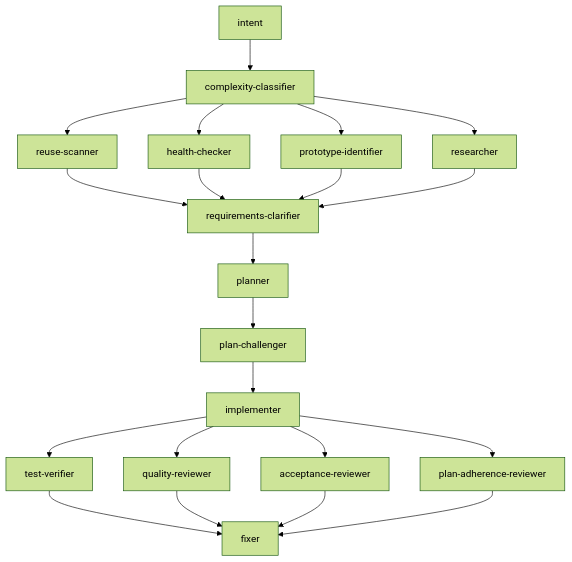
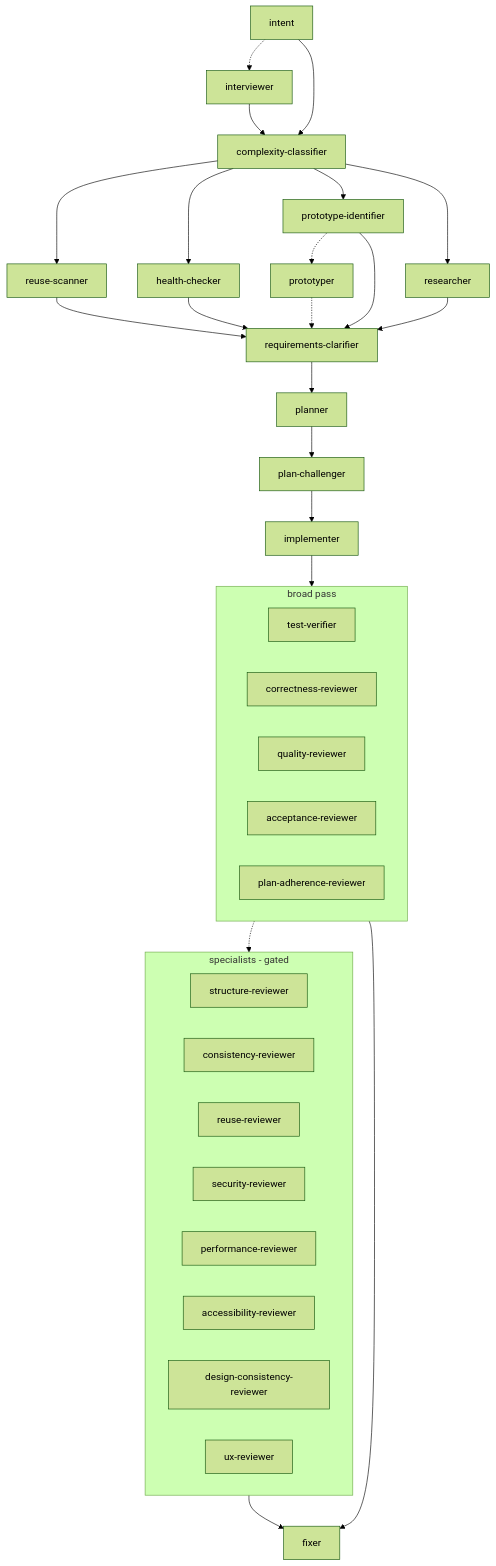
One commit to alp82/alp-river changed the third of 4 diagrams in README.md. Above: the diagram before and after it, drawn with Mermaid (forest theme). The commit also changed other lines of this file and 13 other files, not shown here.

Commit message:
Update reviewer agents and documentation to incorporate correctness-reviewer and refine quality-reviewer criteria

````diff
--- a/README.md
+++ b/README.md
@@ -78,11 +103,36 @@
 ```mermaid
 flowchart TB
+    intent -.-> intv[interviewer]
     intent --> classify[complexity-classifier]
+    intv --> classify
     classify --> reuse[reuse-scanner] & health[health-checker] & proto[prototype-identifier] & rsrch[researcher]
+    proto -.-> ptype[prototyper]
     reuse & health & proto & rsrch --> clari[requirements-clarifier]
+    ptype -.-> clari
     clari --> plan[planner]
     plan --> chal[plan-challenger]
     chal --> impl[implementer]
-    impl --> test[test-verifier] & quality[quality-reviewer] & accept[acceptance-reviewer] & adher[plan-adherence-reviewer]
-    test & quality & accept & adher --> heal[fixer]
+    impl --> bp
+    subgraph bp[broad pass]
+        direction LR
+        test[test-verifier]
+        correct[correctness-reviewer]
+        qual[quality-reviewer]
+        accept[acceptance-reviewer]
+        adher[plan-adherence-reviewer]
+    end
+    bp -.-> sp
+    subgraph sp[specialists - gated]
+        direction LR
+        sr[structure-reviewer]
+        cr[consistency-reviewer]
+        rr[reuse-reviewer]
+        sec[security-reviewer]
+        perf[performance-reviewer]
+        a11y[accessibility-reviewer]
+        dc[design-consistency-reviewer]
+        ux[ux-reviewer]
+    end
+    bp --> heal[fixer]
+    sp --> heal
 ```
````
